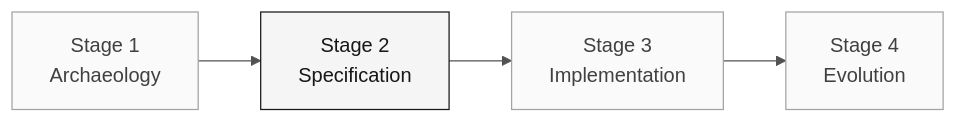
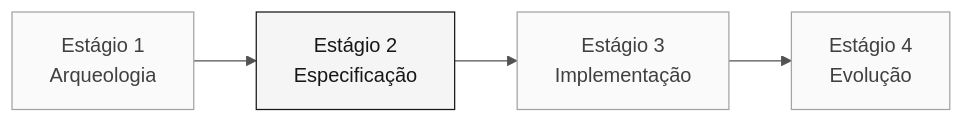
One commit to paulasilvatech/datacorp-sifap-team-kit-pt-br changed the diagram in 05-personas/03-enterprise-architect/PERSONA.md. Above: the diagram before and after it, drawn with Mermaid. The commit also changed other lines of this file and 361 other files, not shown here.

````diff
--- a/05-personas/03-enterprise-architect/PERSONA.md
+++ b/05-personas/03-enterprise-architect/PERSONA.md
@@ -32,11 +32,11 @@
 ```mermaid
 %%{init: {'theme':'neutral','themeVariables':{'fontFamily':'ui-sans-serif, system-ui, sans-serif','primaryColor':'#F5F5F5','primaryTextColor':'#171717','primaryBorderColor':'#171717','lineColor':'#525252','secondaryColor':'#FFFFFF','tertiaryColor':'#FAFAFA','background':'#FFFFFF'}}}%%
 flowchart LR
     classDef active fill:#F5F5F5,stroke:#171717,color:#171717
     classDef support fill:#FAFAFA,stroke:#A3A3A3,color:#404040
     classDef inactive fill:#FFFFFF,stroke:#E5E5E5,color:#A3A3A3
 
-    E1["Stage 1<br/>Archaeology"]:::support --> E2["Stage 2<br/>Specification"]:::active
-    E2 --> E3["Stage 3<br/>Implementation"]:::support
-    E3 --> E4["Stage 4<br/>Evolution"]:::support
+    E1["Estágio 1<br/>Arqueologia"]:::support --> E2["Estágio 2<br/>Especificação"]:::active
+    E2 --> E3["Estágio 3<br/>Implementação"]:::support
+    E3 --> E4["Estágio 4<br/>Evolução"]:::support
 ```
````
